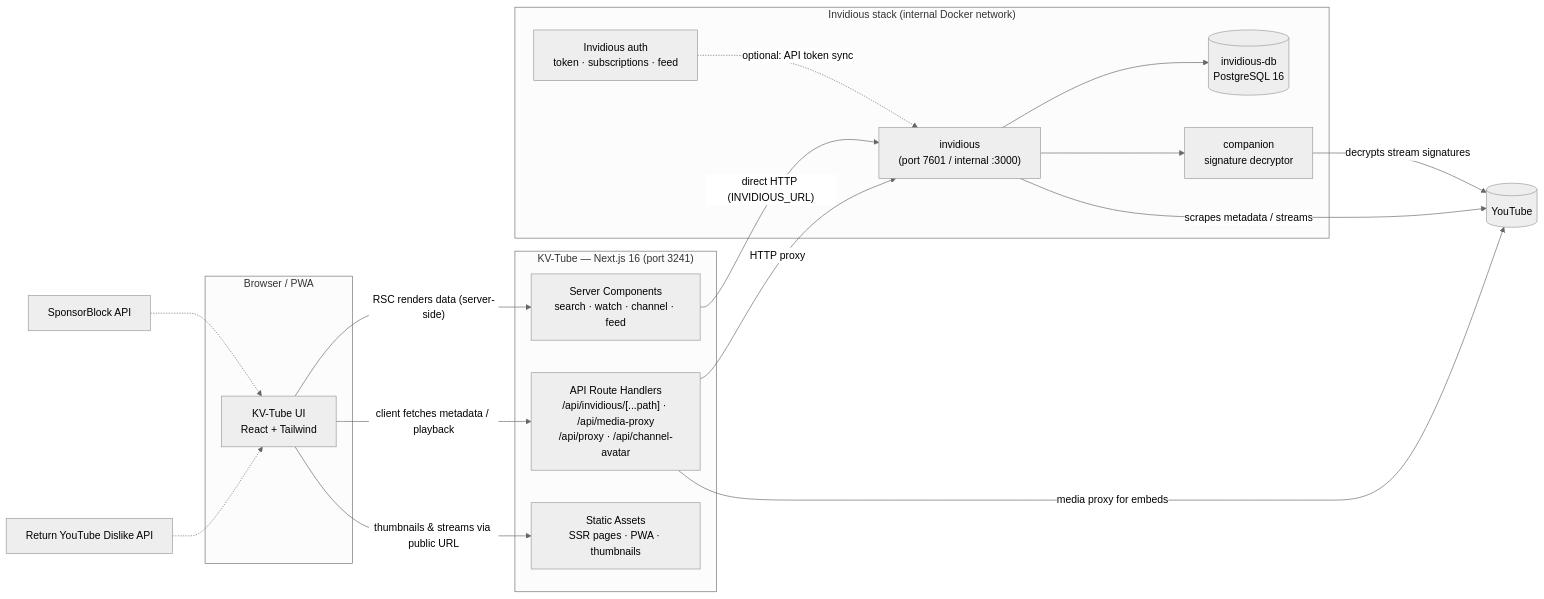
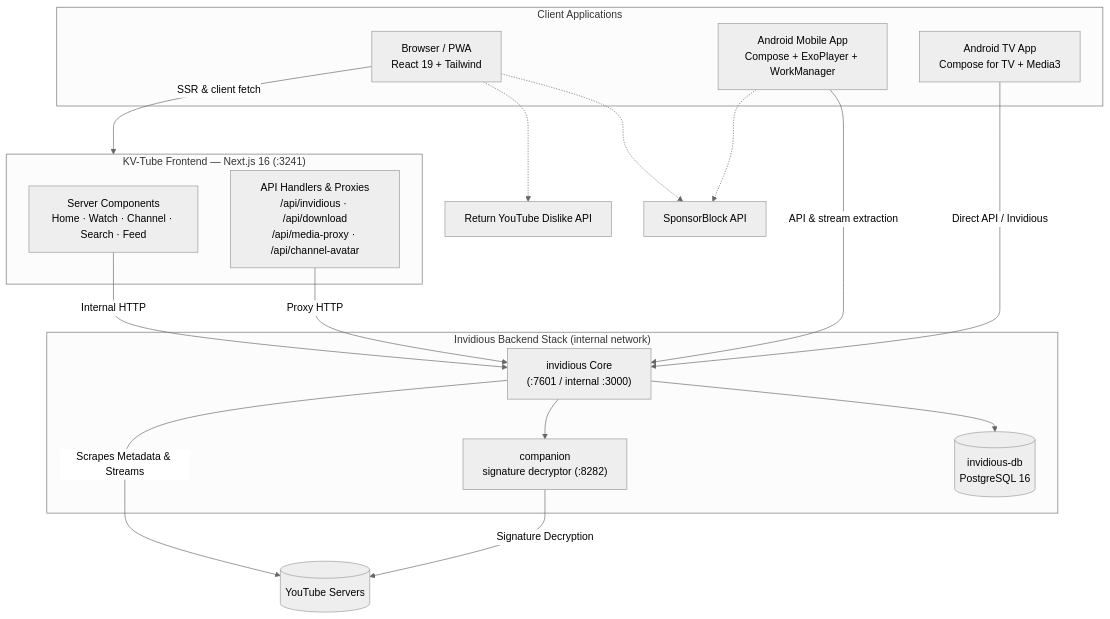
The diagram in README.md (vndangkhoa/kv-tube), drawn with Mermaid (neutral theme) before and after one commit. The commit also changed other lines of this file and 1 other file, not shown here.

Commit message:
docs(readme): fix inaccuracies, add Android TV docs, and clean up docker compose

````diff
--- a/README.md
+++ b/README.md
@@ -247,36 +204,36 @@
 ```mermaid
-flowchart LR
-    subgraph Client["Browser / PWA"]
-        UI[KV-Tube UI<br/>React + Tailwind]
+flowchart TD
+    subgraph Clients["Client Applications"]
+        WEB["Browser / PWA<br/>React 19 + Tailwind"]
+        MOBILE["Android Mobile App<br/>Compose + ExoPlayer + WorkManager"]
+        TV["Android TV App<br/>Compose for TV + Media3"]
     end
 
-    subgraph KVT["KV-Tube — Next.js 16 (port 3241)"]
-        RSC["Server Components<br/>search · watch · channel · feed"]
-        API["API Route Handlers<br/>/api/invidious/[...path] · /api/media-proxy<br/>/api/proxy · /api/channel-avatar"]
-        ST["Static Assets<br/>SSR pages · PWA · thumbnails"]
+    subgraph KVT["KV-Tube Frontend — Next.js 16 (:3241)"]
+        RSC["Server Components<br/>Home · Watch · Channel · Search · Feed"]
+        API["API Handlers & Proxies<br/>/api/invidious · /api/download<br/>/api/media-proxy · /api/channel-avatar"]
     end
 
-    subgraph INV["Invidious stack (internal Docker network)"]
-        CORE["invidious<br/>(port 7601 / internal :3000)"]
+    subgraph INV["Invidious Backend Stack (internal network)"]
+        CORE["invidious Core<br/>(:7601 / internal :3000)"]
         DB[("invidious-db<br/>PostgreSQL 16")]
-        COMP["companion<br/>signature decryptor"]
-        AUTH["Invidious auth<br/>token · subscriptions · feed"]
+        COMP["companion<br/>signature decryptor (:8282)"]
     end
 
-    YT[("YouTube")]
+    YT[("YouTube Servers")]
+    SB["SponsorBlock API"]
+    RYD["Return YouTube Dislike API"]
 
-    UI -->|"RSC renders data (server-side)"| RSC
-    UI -->|"client fetches metadata / playback"| API
-    UI -->|"thumbnails & streams via public URL"| ST
-    API -->|"HTTP proxy"| CORE
-    RSC -->|"direct HTTP (INVIDIOUS_URL)"| CORE
+    WEB -->|"SSR & client fetch"| KVT
+    MOBILE -->|"API & stream extraction"| CORE
+    TV -->|"Direct API / Invidious"| CORE
+    RSC -->|"Internal HTTP"| CORE
+    API -->|"Proxy HTTP"| CORE
     CORE --> DB
     CORE --> COMP
-    AUTH -.->|"optional: API token sync"| CORE
-    COMP -->|"decrypts stream signatures"| YT
-    CORE -->|"scrapes metadata / streams"| YT
-    API -->|"media proxy for embeds"| YT
-
-    SB[SponsorBlock API] -.-> UI
-    RYD[Return YouTube Dislike API] -.-> UI
+    COMP -->|"Signature Decryption"| YT
+    CORE -->|"Scrapes Metadata & Streams"| YT
+    WEB -.-> SB
+    WEB -.-> RYD
+    MOBILE -.-> SB
 ```
````
